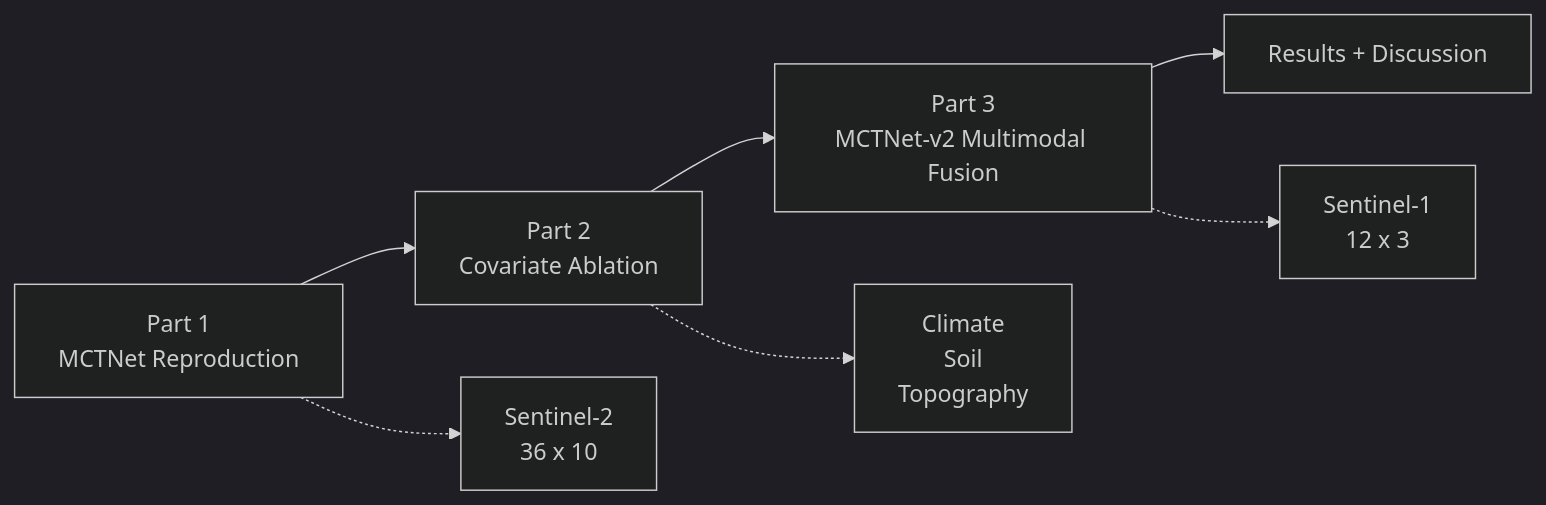
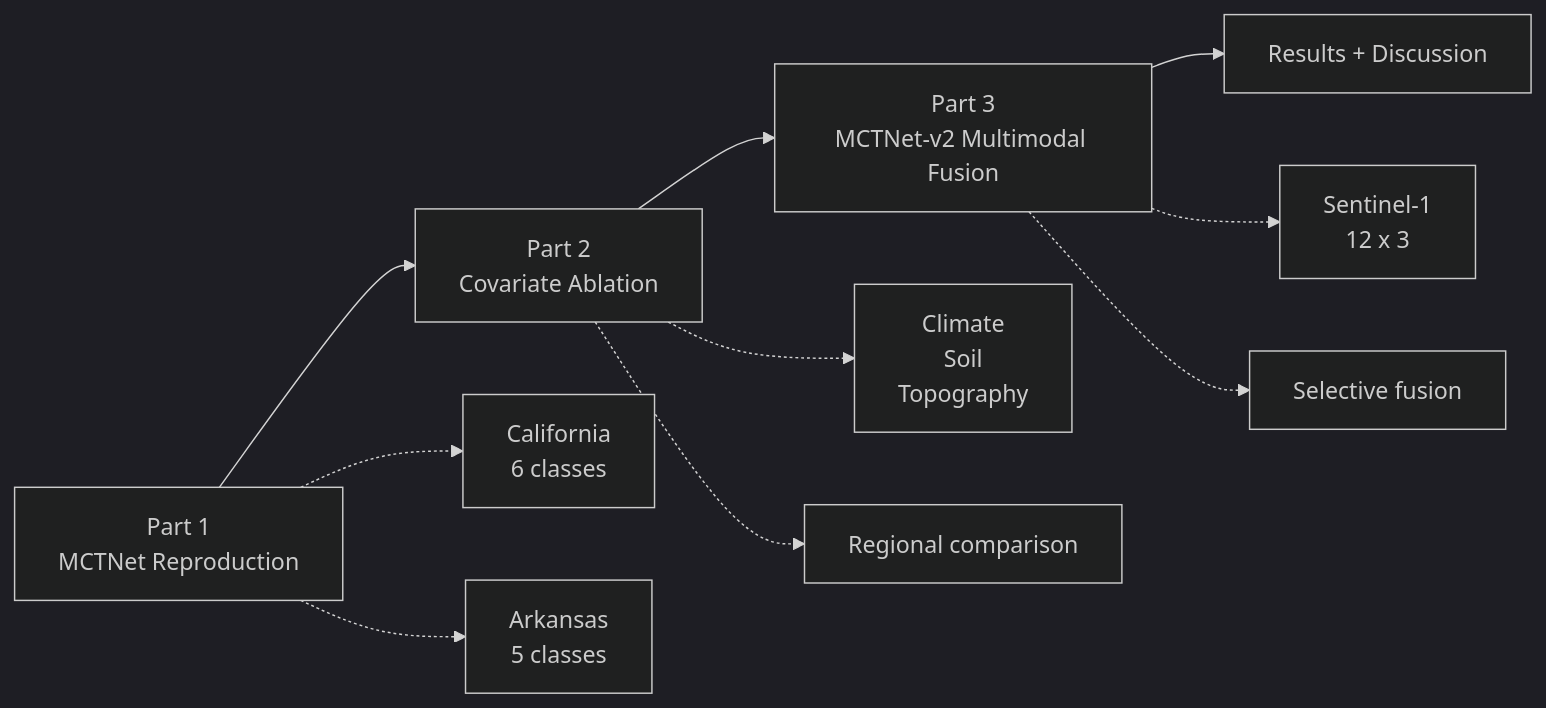
Before and after one commit to Sauzxa/CNN-Transformer-for-Crop-Classification: the first of 4 diagrams in README.md, drawn with Mermaid (dark theme). The commit also changed other lines of this file and 11 other files, not shown here.

````diff
--- a/README.md
+++ b/README.md
@@ -28,10 +28,13 @@
 ```mermaid
 flowchart LR
     A["Part 1<br/>MCTNet Reproduction"] --> B["Part 2<br/>Covariate Ablation"]
     B --> C["Part 3<br/>MCTNet-v2 Multimodal Fusion"]
     C --> D["Results + Discussion"]
 
-    A -.-> A1["Sentinel-2<br/>36 x 10"]
+    A -.-> A1["California<br/>6 classes"]
+    A -.-> A2["Arkansas<br/>5 classes"]
     B -.-> B1["Climate<br/>Soil<br/>Topography"]
+    B -.-> B2["Regional comparison"]
     C -.-> C1["Sentinel-1<br/>12 x 3"]
+    C -.-> C2["Selective fusion"]
 ```
````
